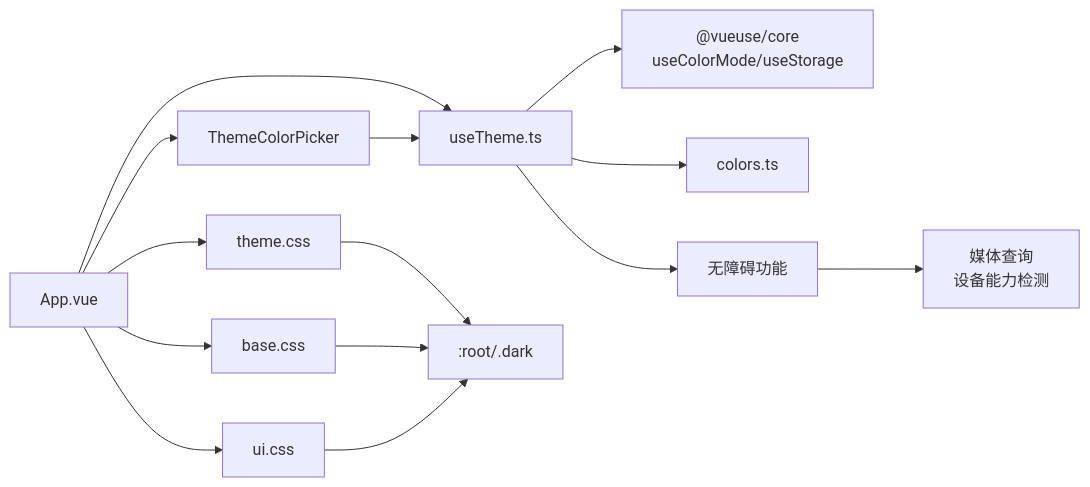
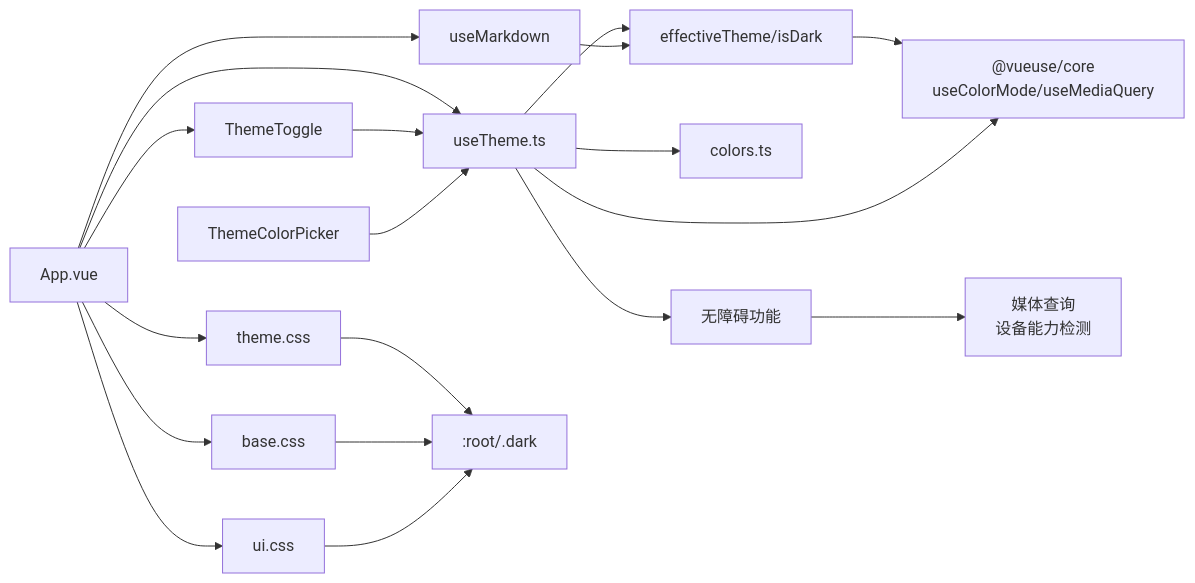
Before and after one commit to xixixiaoyu/Todo: the seventh of 7 diagrams in .qoder/repowiki/zh/content/前端开发/UI组件库/主题系统.md, drawn with Mermaid. The commit also changed other lines of this file and 6 other files, not shown here.

````diff
--- a/.qoder/repowiki/zh/content/前端开发/UI组件库/主题系统.md
+++ b/.qoder/repowiki/zh/content/前端开发/UI组件库/主题系统.md
@@ -327,16 +418,21 @@
 ```mermaid
 graph LR
-UT["useTheme.ts"] --> CM["@vueuse/core<br/>useColorMode/useStorage"]
+ET["effectiveTheme/isDark"] --> CM["@vueuse/core<br/>useColorMode/useMediaQuery"]
+UT["useTheme.ts"] --> ET
+UT --> CM
 UT --> CL["colors.ts"]
 UT --> AC["无障碍功能"]
 AC --> MQ["媒体查询<br/>设备能力检测"]
 APP["App.vue"] --> UT
+TTOGGLE["ThemeToggle"] --> UT
+MD["useMarkdown"] --> ET
 THEME["theme.css"] --> ROOT[":root/.dark"]
 BASE["base.css"] --> ROOT
 UI["ui.css"] --> ROOT
 TCP["ThemeColorPicker"] --> UT
 APP --> THEME
 APP --> BASE
 APP --> UI
-APP --> TCP
+APP --> TTOGGLE
+APP --> MD
 ```
````
